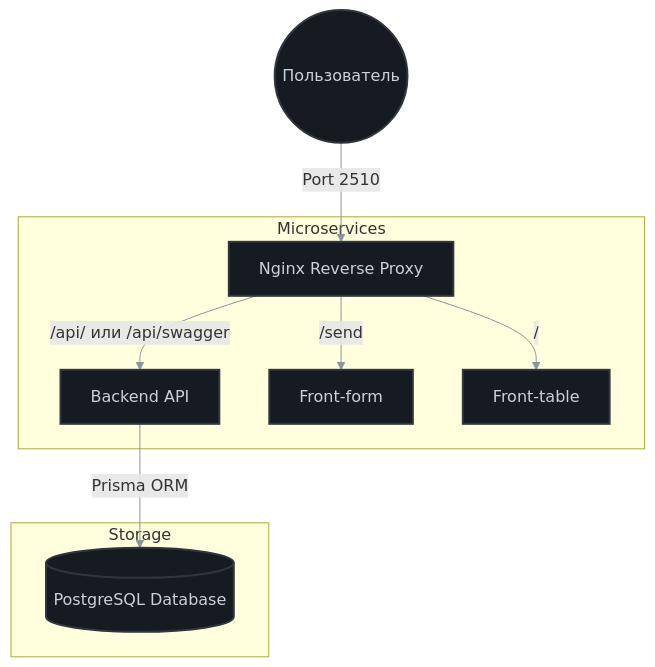
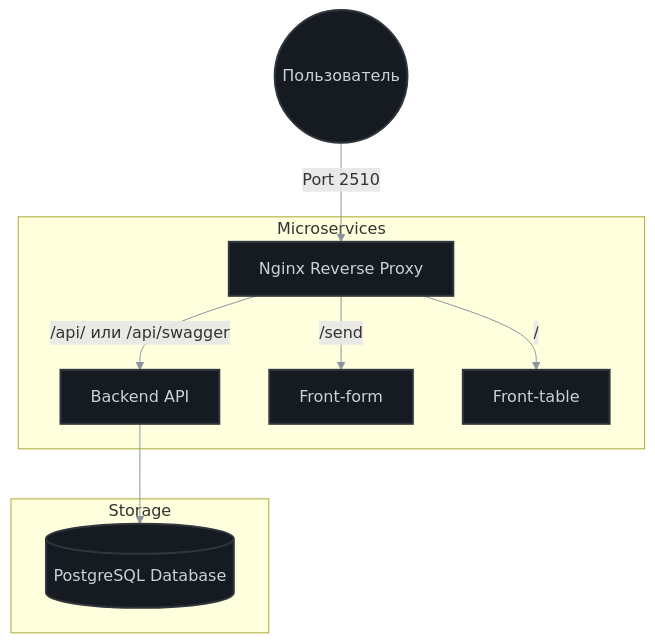
One commit to ddanyo/feedback-platform changed the diagram in README.md. Above: the diagram before and after it, drawn with Mermaid. The commit also changed other lines of this file and 2 other files, not shown here.

````diff
--- a/README.md
+++ b/README.md
@@ -45,33 +44,33 @@
 ```mermaid
 flowchart TD
     %% Узлы
     User((Пользователь))
     Gateway[Nginx Reverse Proxy]
     BE[Backend API]
     FF[Front-form]
     FT[Front-table]
     DB[(PostgreSQL Database)]
 
     %% Структура (Подграфы)
     subgraph MS ["Microservices"]
         Gateway -- "/api/ или /api/swagger" --> BE
         Gateway -- "/send" --> FF
         Gateway -- "/" --> FT
     end
 
     subgraph ST ["Storage"]
-        BE -- "Prisma ORM" --> DB
+        BE --> DB
     end
 
     %% Внешняя связь
     User -- "Port 2510" --> Gateway
 
     %% Единый класс для всех элементов системы
     classDef system fill:#161b22,stroke:#30363d,stroke-width:2px,color:#c9d1d9
 
     %% Применяем класс ко всем узлам
     class User,Gateway,BE,FF,FT,DB system
 
     %% Стиль стрелок (более тонкие и светлые)
     linkStyle default stroke:#8b949e,stroke-width:1px
 ```
````
